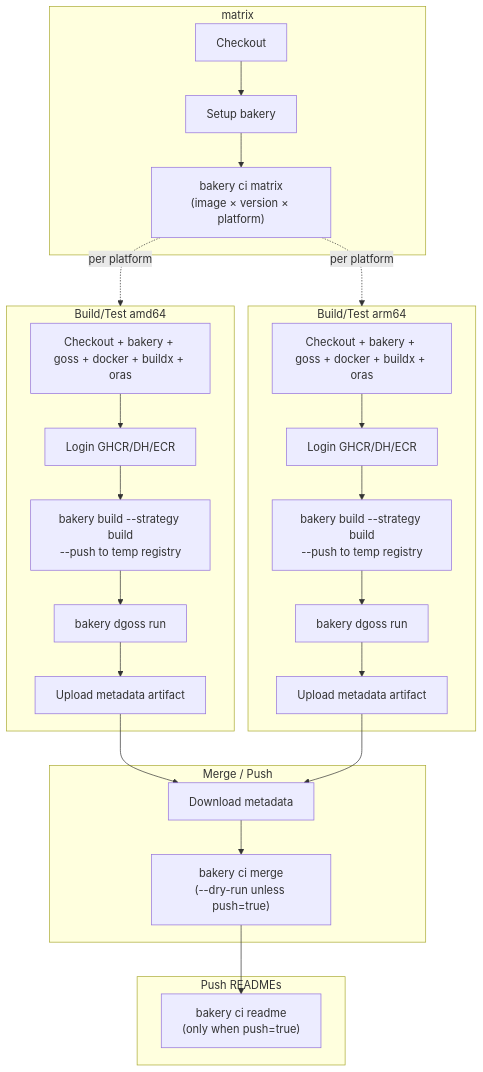
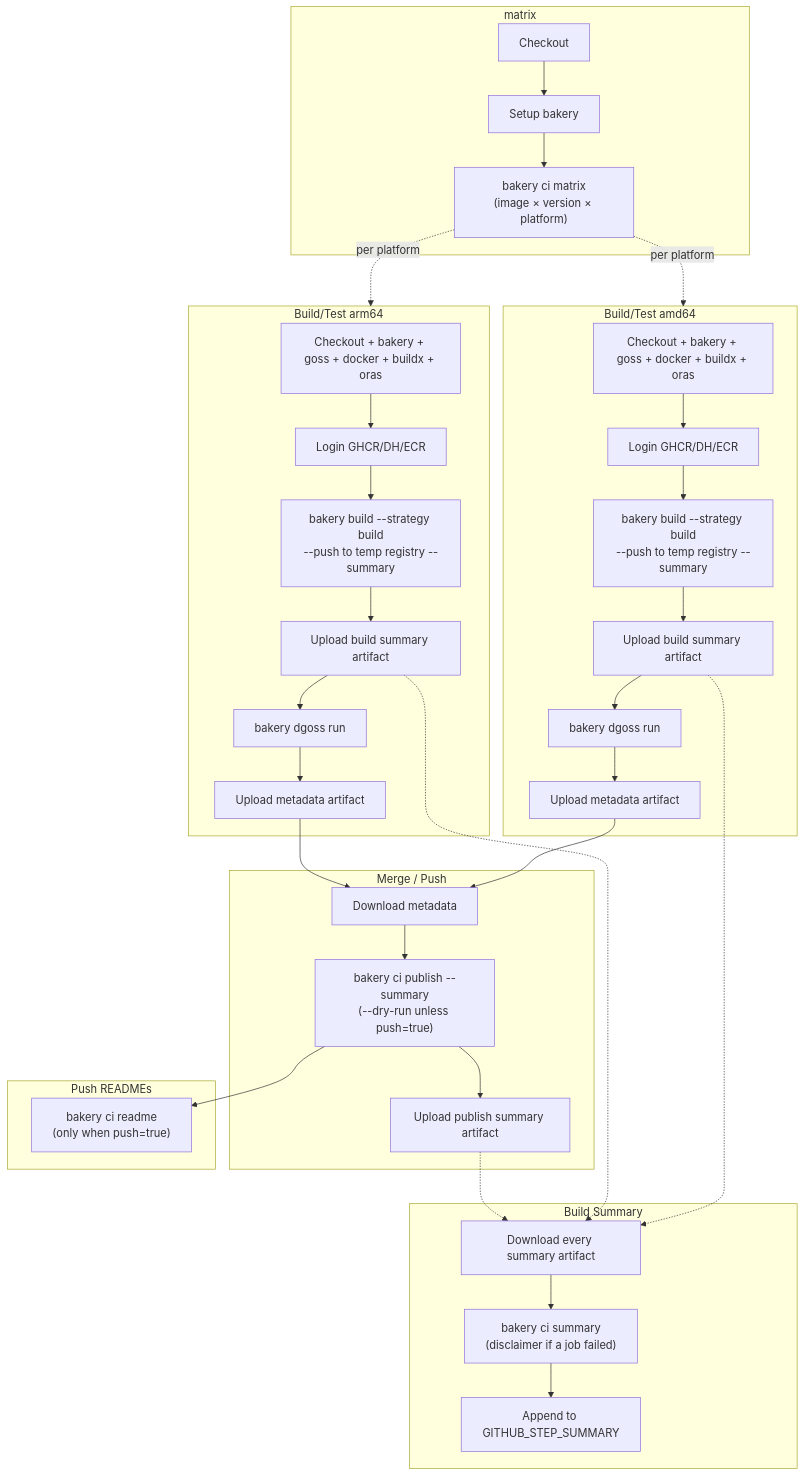
Before and after one commit to posit-dev/images-shared: the first of 2 diagrams in CI.md, drawn with Mermaid. The commit also changed other lines of this file, not shown here.

Commit message:
Update CI.md diagrams for the new build summary job
All three workflow diagrams (native, QEMU, PR) were missing the new
summary job and the build-summary/publish-summary artifact steps
added earlier in this branch. Also corrects a pre-existing stale
reference to  in the native workflow's description,
now that publish is the primary name and merge is a thin alias.

````diff
--- a/CI.md
+++ b/CI.md
@@ -140,30 +140,40 @@
 ```mermaid
 flowchart TD
     subgraph matrix
         m_checkout[Checkout] --> m_bakery[Setup bakery]
         m_bakery --> m_matrix["bakery ci matrix<br/>(image × version × platform)"]
     end
     subgraph build_amd64[Build/Test amd64]
         a_setup[Checkout + bakery + goss + docker + buildx + oras] --> a_login[Login GHCR/DH/ECR]
-        a_login --> a_build["bakery build --strategy build<br/>--push to temp registry"]
-        a_build --> a_test["bakery dgoss run"]
+        a_login --> a_build["bakery build --strategy build<br/>--push to temp registry --summary"]
+        a_build --> a_sum[Upload build summary artifact]
+        a_sum --> a_test["bakery dgoss run"]
         a_test --> a_meta[Upload metadata artifact]
     end
     subgraph build_arm64[Build/Test arm64]
         r_setup[Checkout + bakery + goss + docker + buildx + oras] --> r_login[Login GHCR/DH/ECR]
-        r_login --> r_build["bakery build --strategy build<br/>--push to temp registry"]
-        r_build --> r_test["bakery dgoss run"]
+        r_login --> r_build["bakery build --strategy build<br/>--push to temp registry --summary"]
+        r_build --> r_sum[Upload build summary artifact]
+        r_sum --> r_test["bakery dgoss run"]
         r_test --> r_meta[Upload metadata artifact]
     end
     subgraph merge[Merge / Push]
-        m_dl[Download metadata] --> m_merge["bakery ci merge<br/>(--dry-run unless push=true)"]
+        m_dl[Download metadata] --> m_merge["bakery ci publish --summary<br/>(--dry-run unless push=true)"]
+        m_merge --> m_pubsum[Upload publish summary artifact]
     end
     subgraph readme[Push READMEs]
         r_run["bakery ci readme<br/>(only when push=true)"]
+    end
+    subgraph summary[Build Summary]
+        s_dl[Download every summary artifact] --> s_render["bakery ci summary<br/>(disclaimer if a job failed)"]
+        s_render --> s_post[Append to GITHUB_STEP_SUMMARY]
     end
     m_matrix -.->|"per platform"| build_amd64
     m_matrix -.->|"per platform"| build_arm64
     a_meta --> m_dl
     r_meta --> m_dl
     m_merge --> r_run
+    a_sum -.-> s_dl
+    r_sum -.-> s_dl
+    m_pubsum -.-> s_dl
 ```
````
